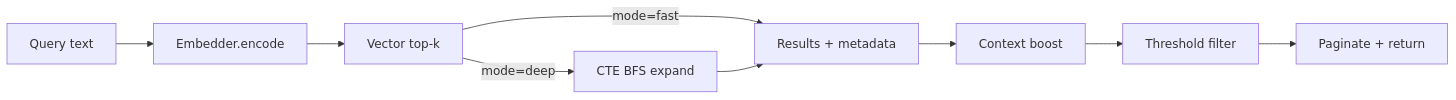
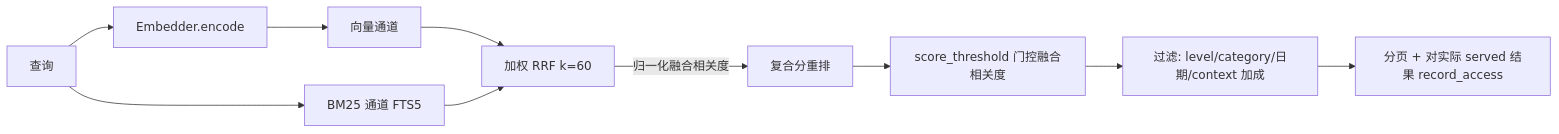
One commit to TtTRz/MerkurDB changed the first of 4 diagrams in docs/ARCHITECTURE_CN.md. Above: the diagram before and after it, drawn with Mermaid. The commit also changed other lines of this file and 12 other files, not shown here.

````diff
--- a/docs/ARCHITECTURE_CN.md
+++ b/docs/ARCHITECTURE_CN.md
@@ -139,11 +78,12 @@
 ```mermaid
 flowchart LR
-    Q[Query text] --> E[Embedder.encode]
-    E --> V[Vector top-k]
-    V -->|mode=fast| R[Results + metadata]
-    V -->|mode=deep| BFS[CTE BFS expand]
-    BFS --> R
-    R --> CB[Context boost]
-    CB --> TH[Threshold filter]
-    TH --> P[Paginate + return]
+    Q[查询] --> E[Embedder.encode]
+    E --> V[向量通道]
+    Q --> B[BM25 通道 FTS5]
+    V --> RRF[加权 RRF k=60]
+    B --> RRF
+    RRF -->|归一化融合相关度| C[复合分重排]
+    C --> TH[score_threshold 门控融合相关度]
+    TH --> F[过滤: level/category/日期/context 加成]
+    F --> P[分页 + 对实际 served 结果 record_access]
 ```
````
